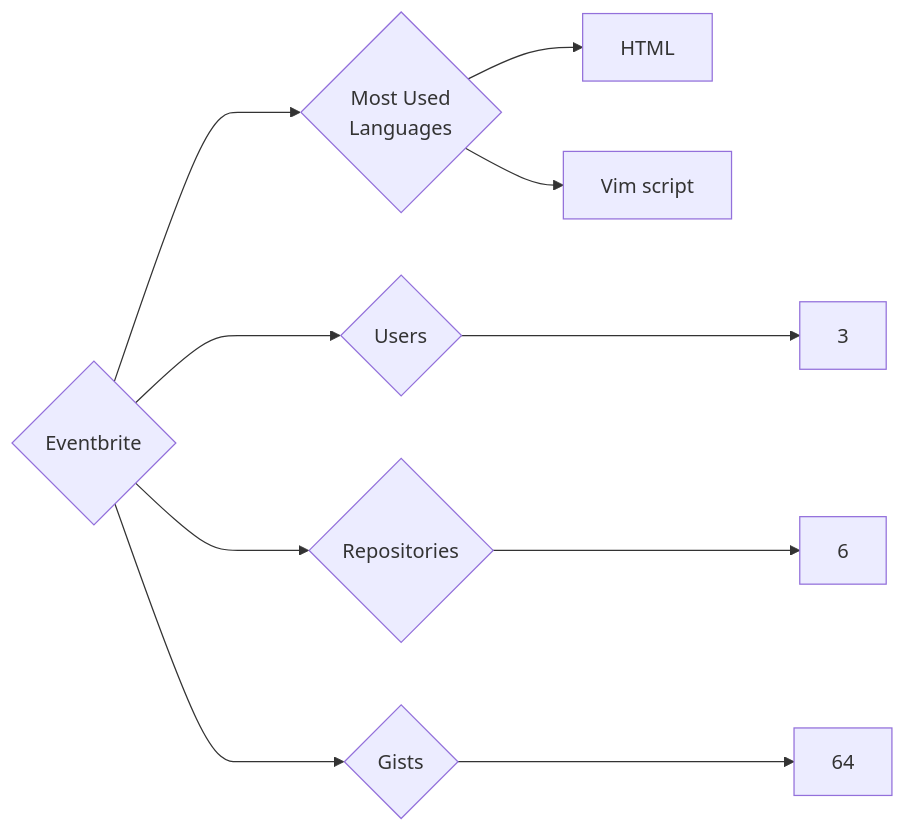
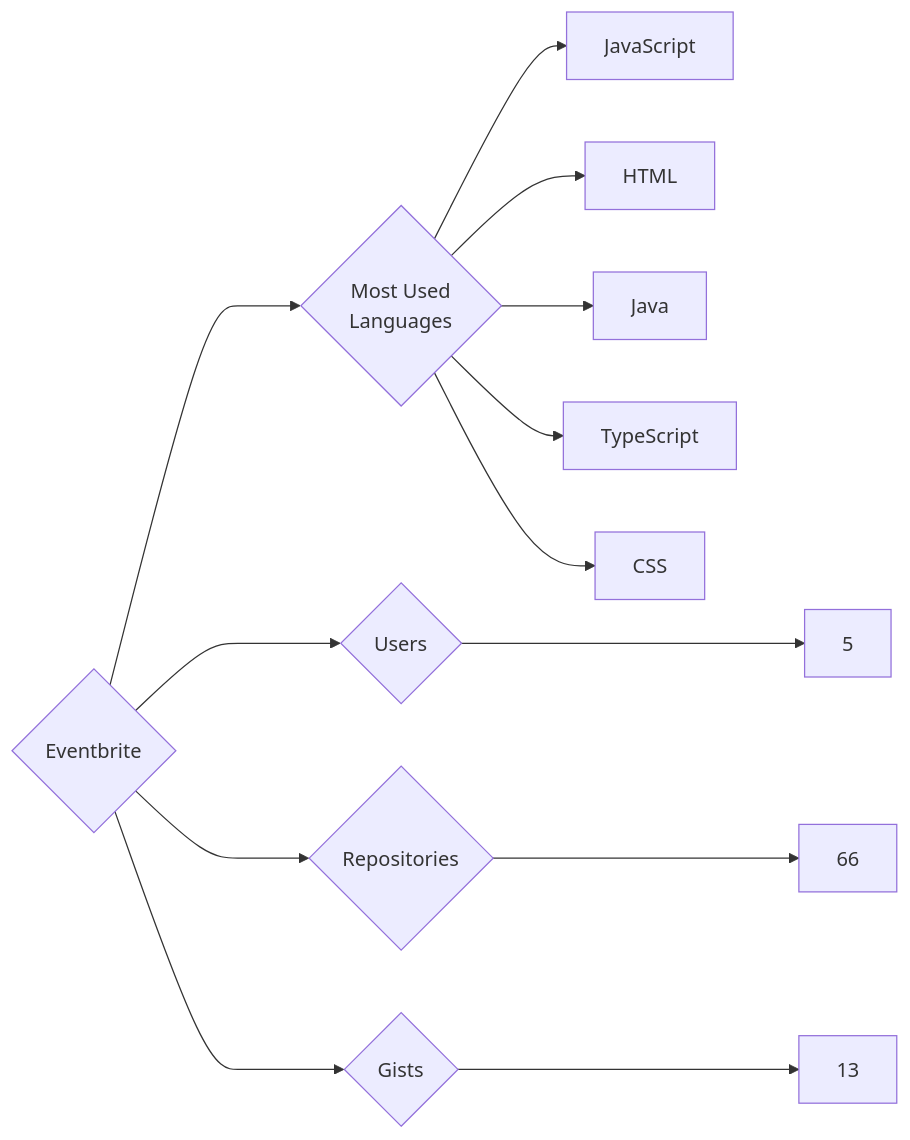
Before and after one commit to trickest/insiders: the diagram in targets/Eventbrite/README.md, drawn with Mermaid. The commit also changed 935 other files, not shown here.

````diff
--- a/targets/Eventbrite/README.md
+++ b/targets/Eventbrite/README.md
@@ -3,10 +3,13 @@
 ```mermaid
 graph LR
 COMPANY_NAME{Eventbrite}
-COMPANY_NAME ---> U{Users} ---> UN[3]
-COMPANY_NAME ---> R{Repositories} ---> RN[6]
-COMPANY_NAME ---> G{Gists} ---> GN[64]
+COMPANY_NAME ---> U{Users} ---> UN[5]
+COMPANY_NAME ---> R{Repositories} ---> RN[66]
+COMPANY_NAME ---> G{Gists} ---> GN[13]
 COMPANY_NAME ---> ML{Most Used<br>Languages}
+ML --> JavaScript[JavaScript]
 ML --> HTML[HTML]
-ML --> Vim_script[Vim script]
+ML --> Java[Java]
+ML --> TypeScript[TypeScript]
+ML --> CSS[CSS]
 ```
````
